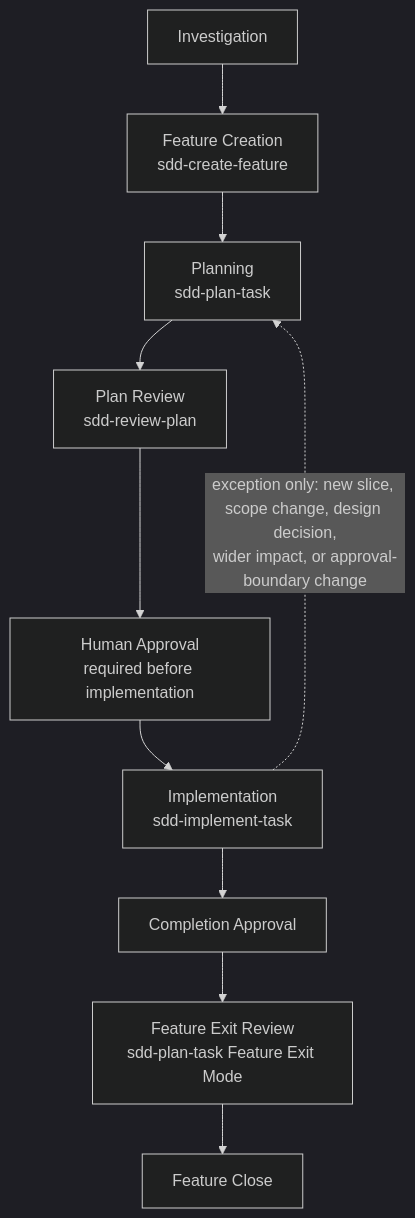
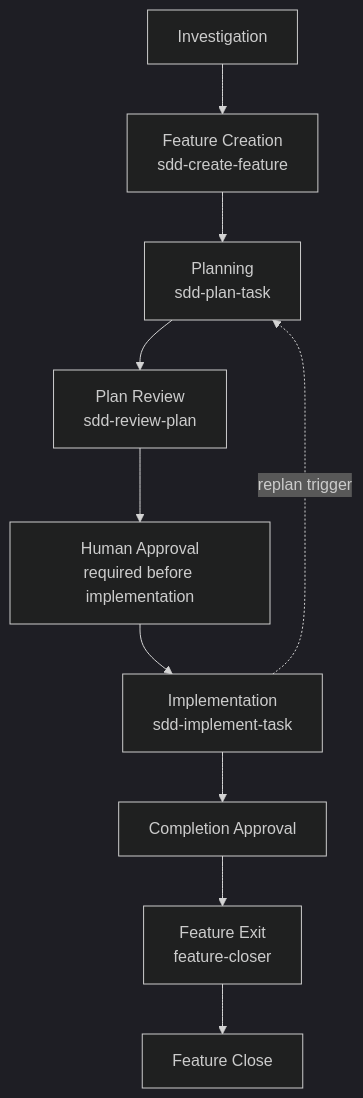
Before and after one commit to kittybbit/vscode-ajsbutler: the diagram in docs/specs/README.md, drawn with Mermaid (dark theme). The commit also changed other lines of this file and 6 other files, not shown here.

Commit message:
feat: assign feature exit to closer role

````diff
--- a/docs/specs/README.md
+++ b/docs/specs/README.md
@@ -28,12 +28,12 @@
 ```mermaid
 flowchart TD
     A["Investigation"] --> B["Feature Creation<br/>sdd-create-feature"]
     B --> C["Planning<br/>sdd-plan-task"]
     C --> D["Plan Review<br/>sdd-review-plan"]
     D --> E["Human Approval<br/>required before implementation"]
     E --> F["Implementation<br/>sdd-implement-task"]
     F --> G["Completion Approval"]
-    G --> H["Feature Exit Review<br/>sdd-plan-task Feature Exit Mode"]
+    G --> H["Feature Exit<br/>feature-closer"]
     H --> I["Feature Close"]
-    F -. "exception only: new slice, scope change, design decision,<br/>wider impact, or approval-boundary change" .-> C
+    F -. "replan trigger" .-> C
 ```
````
